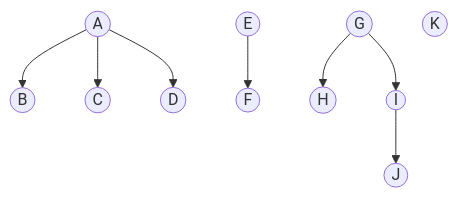
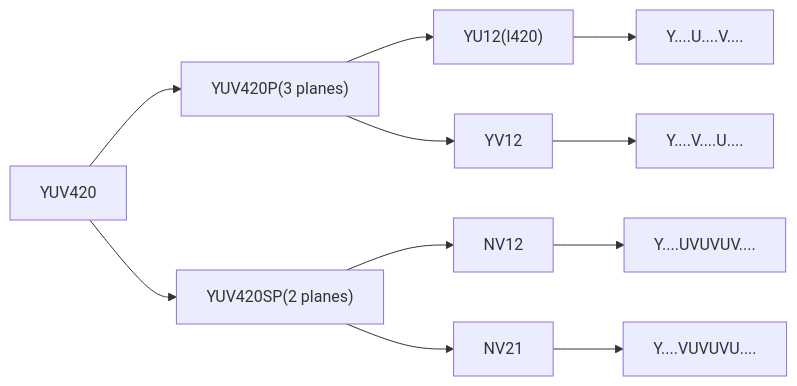
The diagram in _posts/2022-07-17-YUV格式介绍.md (LeRoii/LeRoii.github.io), drawn with Mermaid before and after one commit. The commit also changed other lines of this file, not shown here.

Commit message:
add mermaid

````diff
--- a/_posts/2022-07-17-YUV格式介绍.md
+++ b/_posts/2022-07-17-YUV格式介绍.md
@@ -32,22 +33,11 @@
 ```mermaid
-graph TB
+graph LR
 
-A((A))
-B((B))
-C((C))
-D((D))
-E((E))
-F((F))
-G((G))
-H((H))
-I((I))
-J((J)) 
-K((K))
-A-->B
-A-->C
-A-->D
-E-->F
-G-->H
-G-->I
-I-->J
+A[YUV420] --> B["YUV420P(3 planes)"]
+A --> C["YUV420SP(2 planes)" ]
+B --> D["YU12(I420)"] --> E[Y....U....V....]
+B --> F["YV12"] --> G[Y....V....U....]
+C --> H["NV12"] --> I[Y....UVUVUV....]
+C --> J["NV21"] --> K[Y....VUVUVU....]
+
 ```
````
